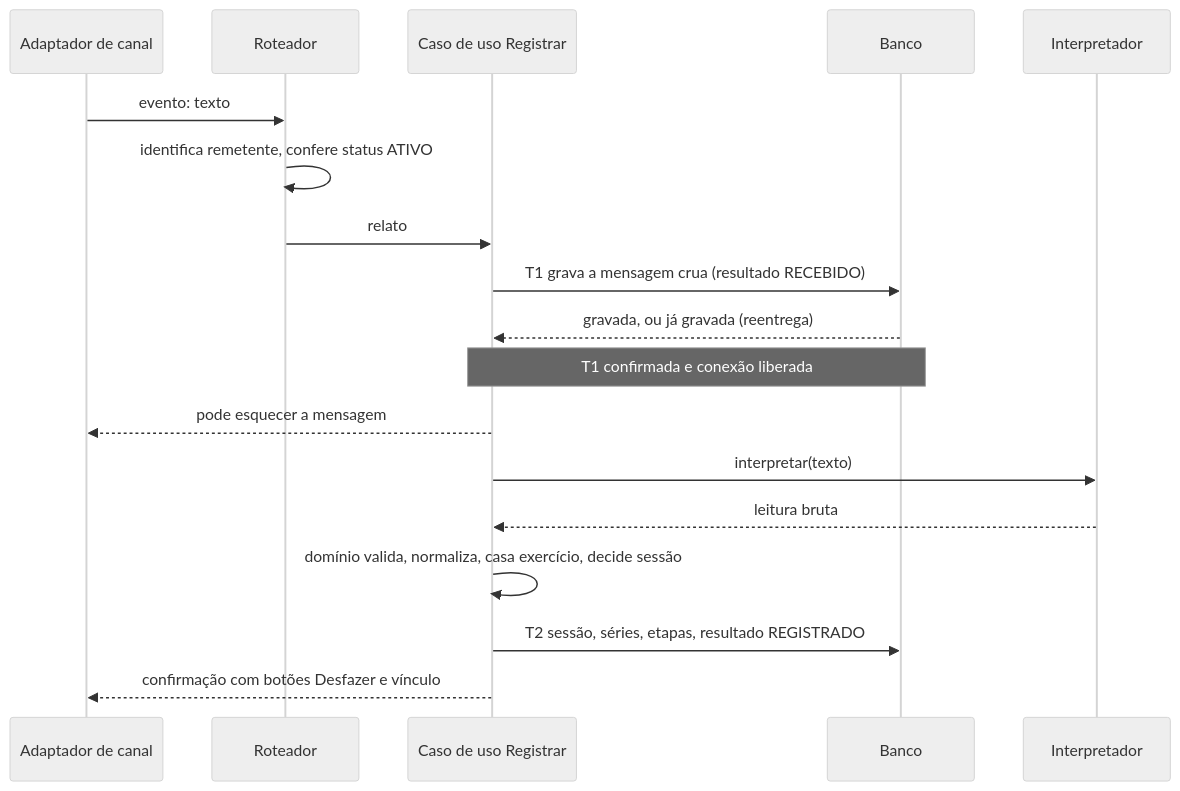
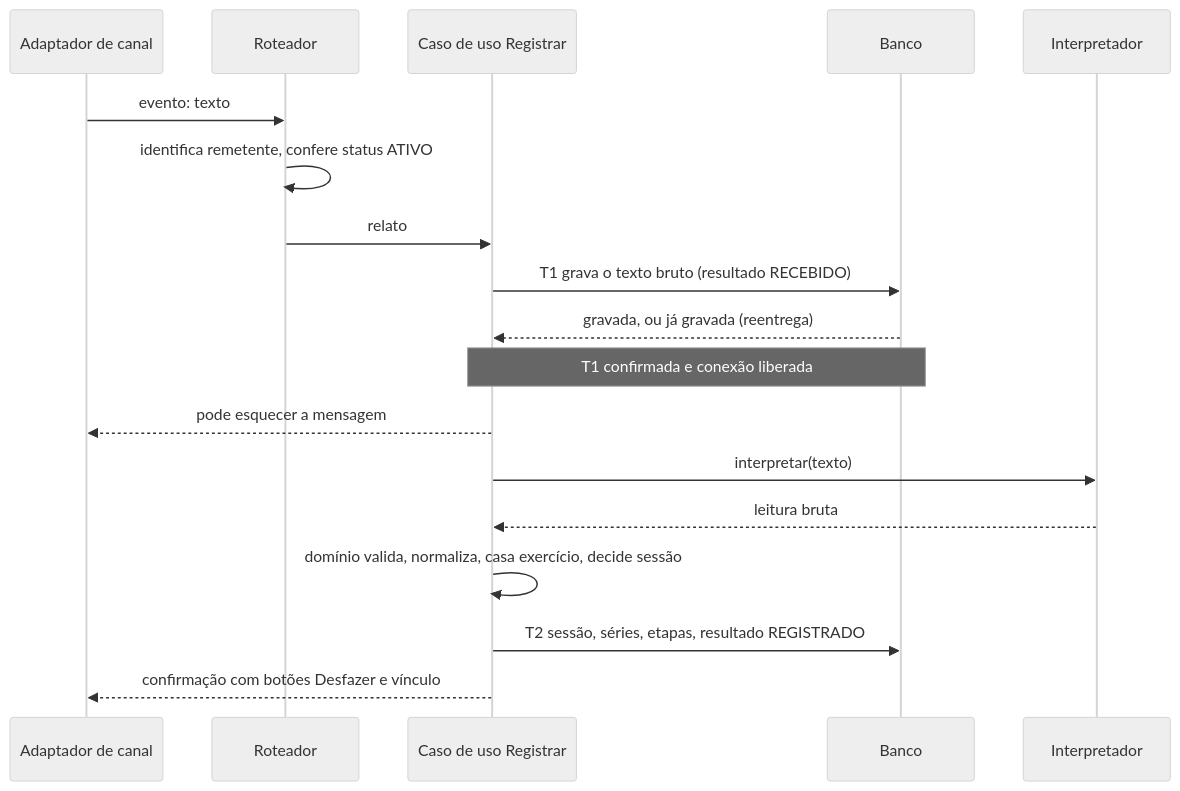
One commit to vitorrodrigues-dev/Atlas---Treino changed the third of 3 diagrams in docs/02-projeto/07-arquitetura.md. Above: the diagram before and after it, drawn with Mermaid (neutral theme). The commit also changed other lines of this file and 13 other files, not shown here.

````diff
--- a/docs/02-projeto/07-arquitetura.md
+++ b/docs/02-projeto/07-arquitetura.md
@@ -76,20 +76,20 @@
 ```mermaid
 sequenceDiagram
     participant C as Adaptador de canal
     participant R as Roteador
     participant U as Caso de uso Registrar
     participant B as Banco
     participant I as Interpretador
     C->>R: evento: texto
     R->>R: identifica remetente, confere status ATIVO
     R->>U: relato
-    U->>B: T1 grava a mensagem crua (resultado RECEBIDO)
+    U->>B: T1 grava o texto bruto (resultado RECEBIDO)
     B-->>U: gravada, ou já gravada (reentrega)
     Note over U,B: T1 confirmada e conexão liberada
     U-->>C: pode esquecer a mensagem
     U->>I: interpretar(texto)
     I-->>U: leitura bruta
     U->>U: domínio valida, normaliza, casa exercício, decide sessão
     U->>B: T2 sessão, séries, etapas, resultado REGISTRADO
     U-->>C: confirmação com botões Desfazer e vínculo
 ```
````
